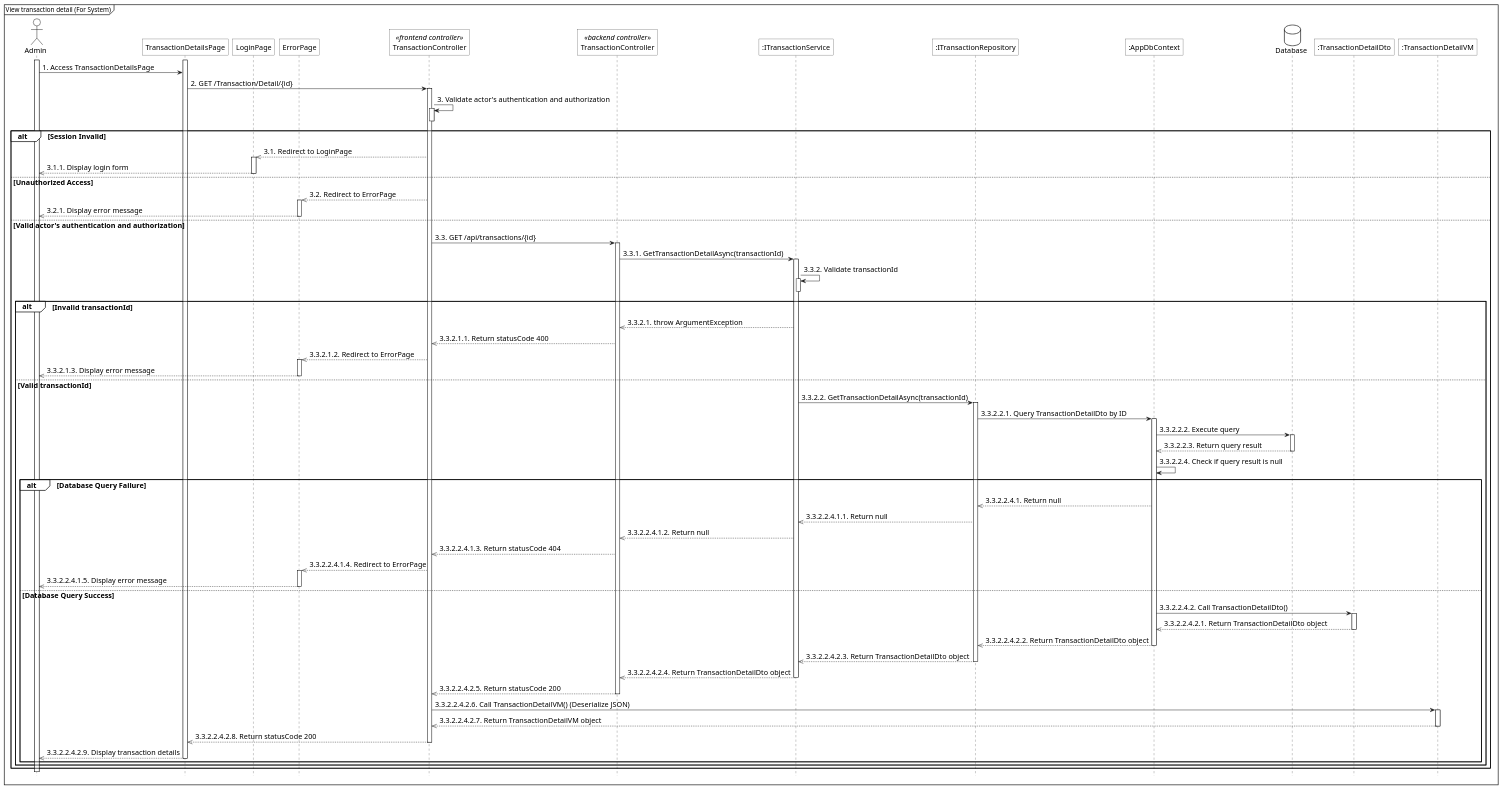
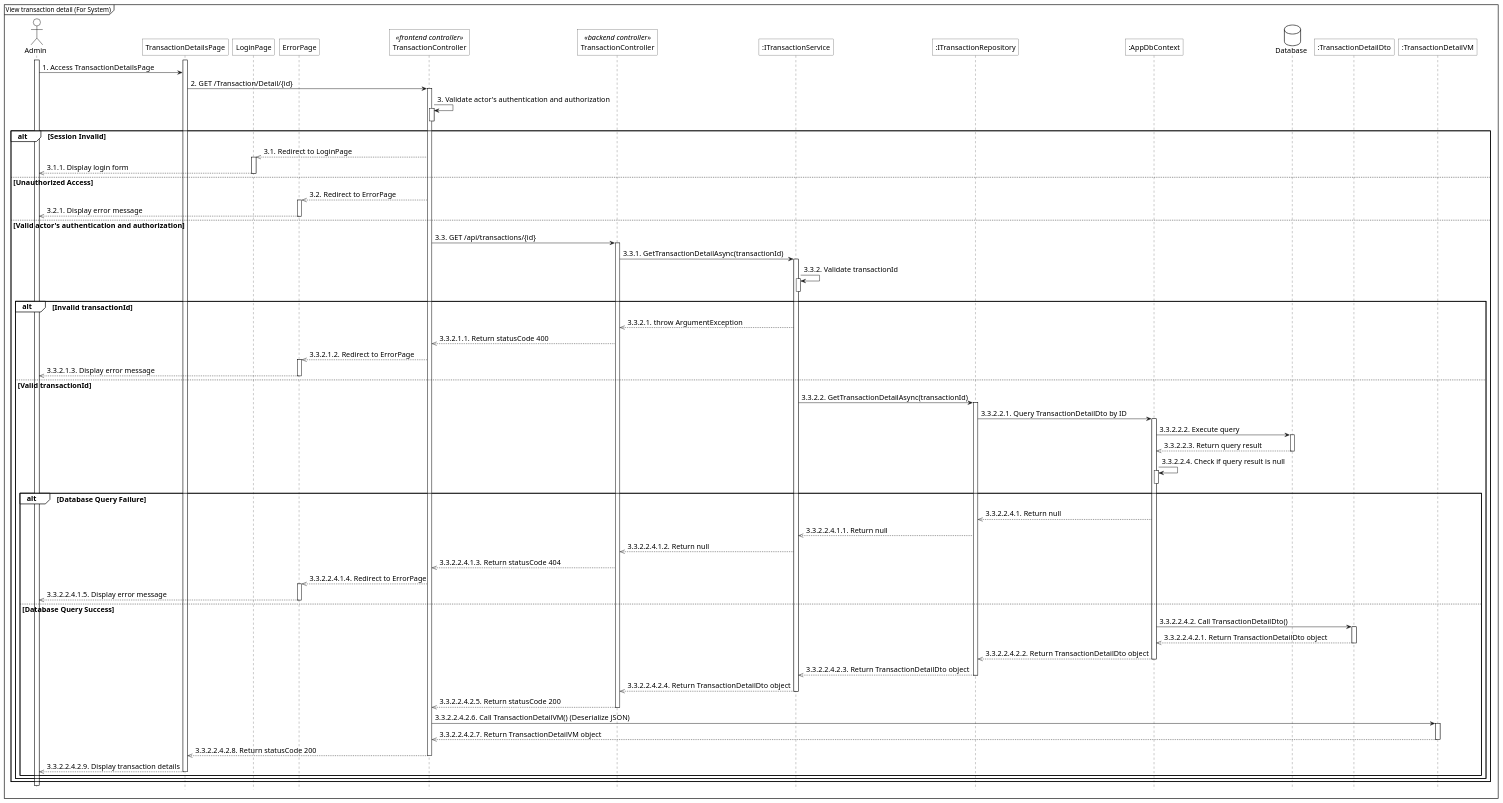
One commit to 1000do/Linked changed the diagram in diagrams/sequence_renumbered/Hung/UC-129 - View transaction detail(For System).plantuml. Above: the diagram before and after it, drawn with PlantUML. The commit also changed 18 other files, not shown here.

Commit message:
feat: implement AdminFinanceService logic and document new sequence diagrams for finance-related features

```diff
--- a/diagrams/sequence_renumbered/Hung/UC-129 - View transaction detail(For System).plantuml
+++ b/diagrams/sequence_renumbered/Hung/UC-129 - View transaction detail(For System).plantuml
@@ -1,117 +1,118 @@
 @startuml 
 <style>
     sequenceDiagram{
         FontSize 16
 
         arrow {
             ' Set the maximum width of the text on arrows
             MaximumWidth 300
 
         }
         actor{
             BackgroundColor white
             LineThickness 1.0
         }
         participant{
             BackgroundColor white
             RoundCorner 0
         }
         database{
             BackgroundColor white
         }
         groupHeader{
             BackgroundColor white
         }
         referenceHeader{
             BackgroundColor white
         }
         reference{
             BackgroundColor white
         }
     }
 </style>
 
 hide footbox
 mainframe View transaction detail (For System)
 
 actor Admin as act
 participant "TransactionDetailsPage" as view
 participant "LoginPage" as login_view
 participant "ErrorPage" as error_view
 participant "TransactionController" as fe_ctrl <<frontend controller>>
 participant "TransactionController" as be_ctrl <<backend controller>>
 participant ":ITransactionService" as sv
 participant ":ITransactionRepository" as repo
 participant ":AppDbContext" as ctx
 database Database as db
 participant ":TransactionDetailDto" as res
 participant ":TransactionDetailVM" as view_model
 
 activate act
 activate view
 act -> view:1. Access TransactionDetailsPage
 view -> fe_ctrl++:2. GET /Transaction/Detail/{id}
 
 fe_ctrl -> fe_ctrl++:3. Validate actor's authentication and authorization
 fe_ctrl--
 
 alt Session Invalid
     fe_ctrl -->> login_view:3.1. Redirect to LoginPage
     activate login_view
     login_view -->> act:3.1.1. Display login form
     deactivate login_view
 else Unauthorized Access
     fe_ctrl -->> error_view:3.2. Redirect to ErrorPage
     activate error_view
     error_view -->> act:3.2.1. Display error message
     deactivate error_view
 else Valid actor's authentication and authorization
     fe_ctrl -> be_ctrl++:3.3. GET /api/transactions/{id}
     be_ctrl -> sv++:3.3.1. GetTransactionDetailAsync(transactionId)
     
     sv -> sv++:3.3.2. Validate transactionId
     sv--
 alt Invalid transactionId
         sv -->> be_ctrl:3.3.2.1. throw ArgumentException
         be_ctrl -->> fe_ctrl:3.3.2.1.1. Return statusCode 400
         fe_ctrl -->> error_view:3.3.2.1.2. Redirect to ErrorPage
         activate error_view
         error_view -->> act:3.3.2.1.3. Display error message
         deactivate error_view
 else Valid transactionId
         sv -> repo++:3.3.2.2. GetTransactionDetailAsync(transactionId)
         repo -> ctx++:3.3.2.2.1. Query TransactionDetailDto by ID
         ctx -> db++:3.3.2.2.2. Execute query
         db -->> ctx--:3.3.2.2.3. Return query result
         
-        ctx -> ctx:3.3.2.2.4. Check if query result is null
+        ctx -> ctx++:3.3.2.2.4. Check if query result is null
+        ctx--
         
 alt Database Query Failure
             ctx -->> repo:3.3.2.2.4.1. Return null
             repo -->> sv:3.3.2.2.4.1.1. Return null
             sv -->> be_ctrl:3.3.2.2.4.1.2. Return null
             be_ctrl -->> fe_ctrl:3.3.2.2.4.1.3. Return statusCode 404
             fe_ctrl -->> error_view:3.3.2.2.4.1.4. Redirect to ErrorPage
             activate error_view
             error_view -->> act:3.3.2.2.4.1.5. Display error message
             deactivate error_view
 else Database Query Success
             ctx -> res++:3.3.2.2.4.2. Call TransactionDetailDto()
             res -->> ctx--:3.3.2.2.4.2.1. Return TransactionDetailDto object
             ctx -->> repo--:3.3.2.2.4.2.2. Return TransactionDetailDto object
             repo -->> sv--:3.3.2.2.4.2.3. Return TransactionDetailDto object
             sv -->> be_ctrl--:3.3.2.2.4.2.4. Return TransactionDetailDto object
             
             be_ctrl -->> fe_ctrl--:3.3.2.2.4.2.5. Return statusCode 200
             
             fe_ctrl -> view_model++:3.3.2.2.4.2.6. Call TransactionDetailVM() (Deserialize JSON)
             view_model -->> fe_ctrl--:3.3.2.2.4.2.7. Return TransactionDetailVM object
             
             fe_ctrl -->> view:3.3.2.2.4.2.8. Return statusCode 200
             deactivate fe_ctrl
             
             view -->> act--:3.3.2.2.4.2.9. Display transaction details
 end
 end
 end
 @enduml
```
